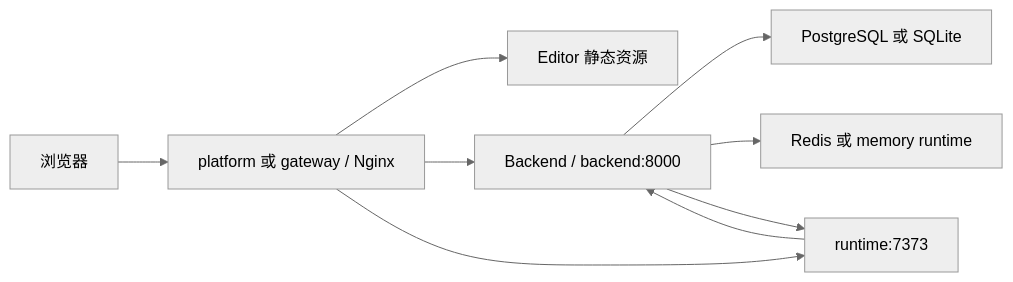
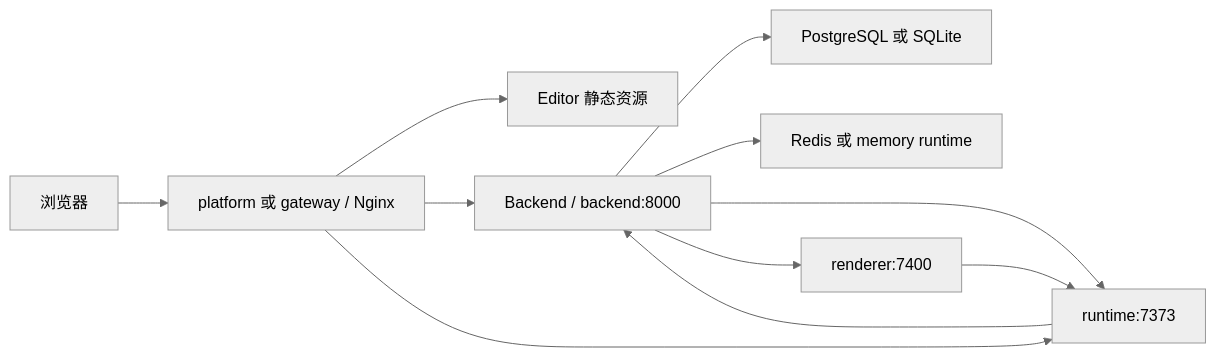
Before and after one commit to LLMxPM/web-presentation: the diagram in docs/developer/deployment/README.md, drawn with Mermaid (neutral theme). The commit also changed other lines of this file and 25 other files, not shown here.

````diff
--- a/docs/developer/deployment/README.md
+++ b/docs/developer/deployment/README.md
@@ -251,11 +253,13 @@
 ```mermaid
 flowchart LR
     Browser["浏览器"] --> Gateway["platform 或 gateway / Nginx"]
     Gateway --> Editor["Editor 静态资源"]
     Gateway --> Backend["Backend / backend:8000"]
     Gateway --> Runtime["runtime:7373"]
     Backend --> Database["PostgreSQL 或 SQLite"]
     Backend --> RuntimeState["Redis 或 memory runtime"]
     Backend --> Runtime
+    Backend --> Renderer["renderer:7400"]
+    Renderer --> Runtime
     Runtime --> Backend
 ```
````
